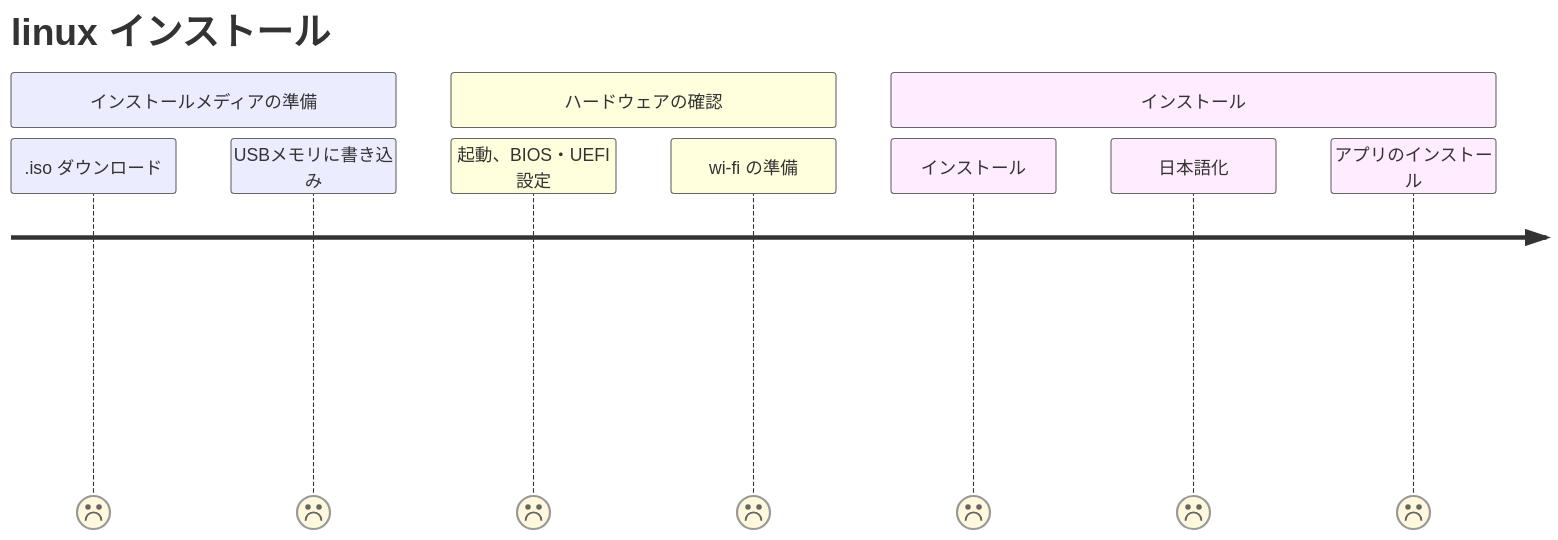
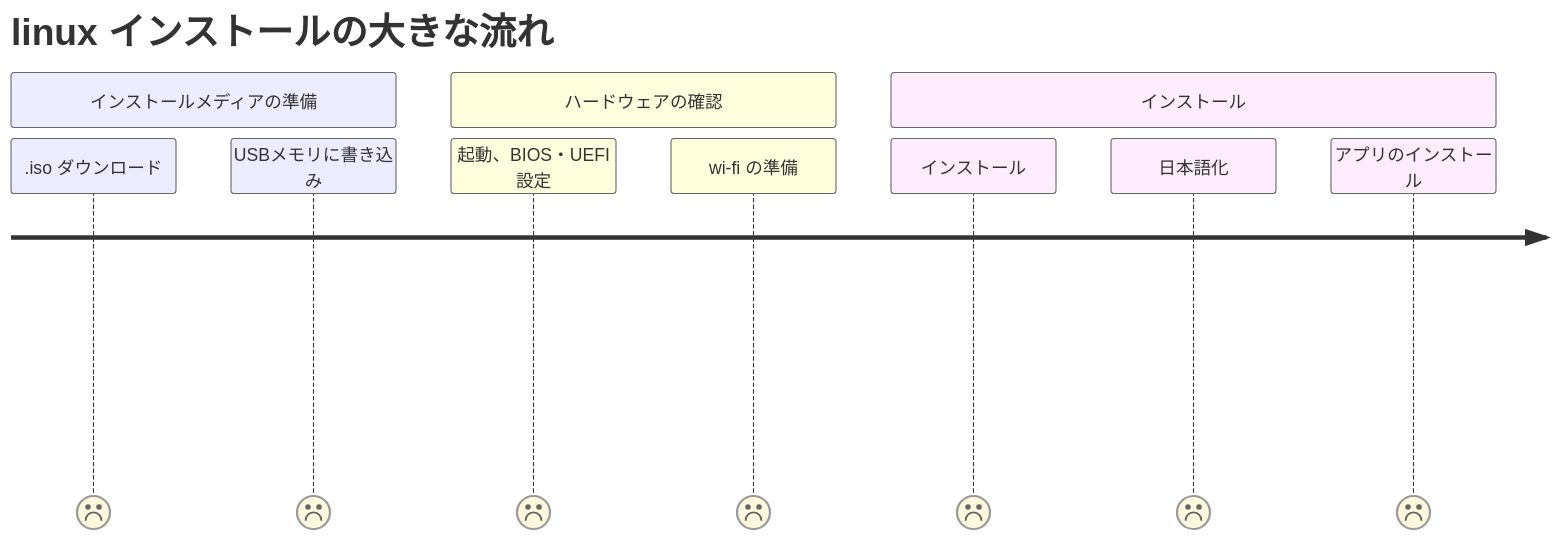
The diagram in linux-install-02.md (hobby-pc2026/linux-install), drawn with Mermaid before and after one commit.

````diff
--- a/linux-install-02.md
+++ b/linux-install-02.md
@@ -2,15 +2,15 @@
 ```mermaid
 
 journey
-    title linux インストール
+    title linux インストールの大きな流れ
     section インストールメディアの準備
       .iso ダウンロード:  
       USBメモリに書き込み: 
     section ハードウェアの確認
       起動、BIOS・UEFI設定: 
       wi-fi の準備: 
     section インストール
       インストール:  
       日本語化: 
       アプリのインストール: 
 ```
````
